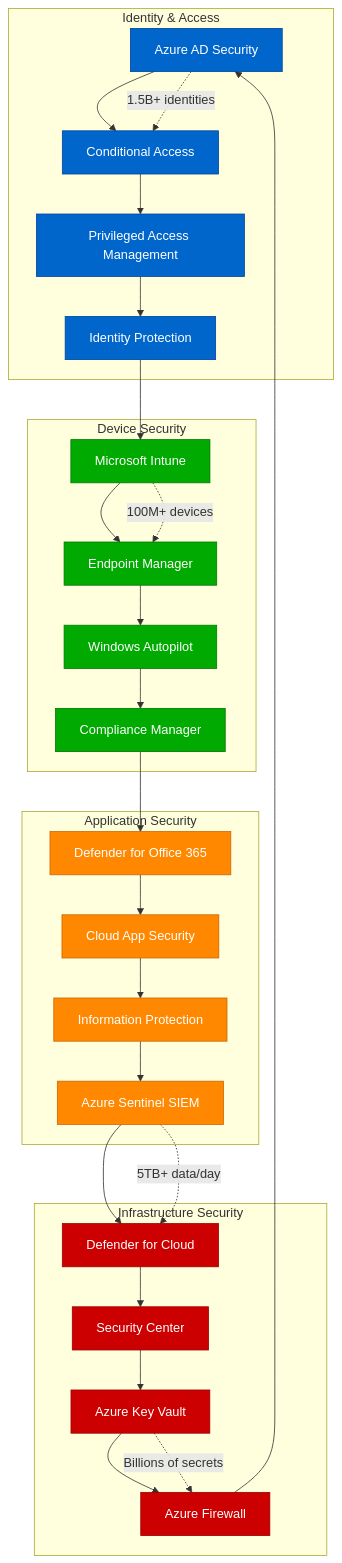
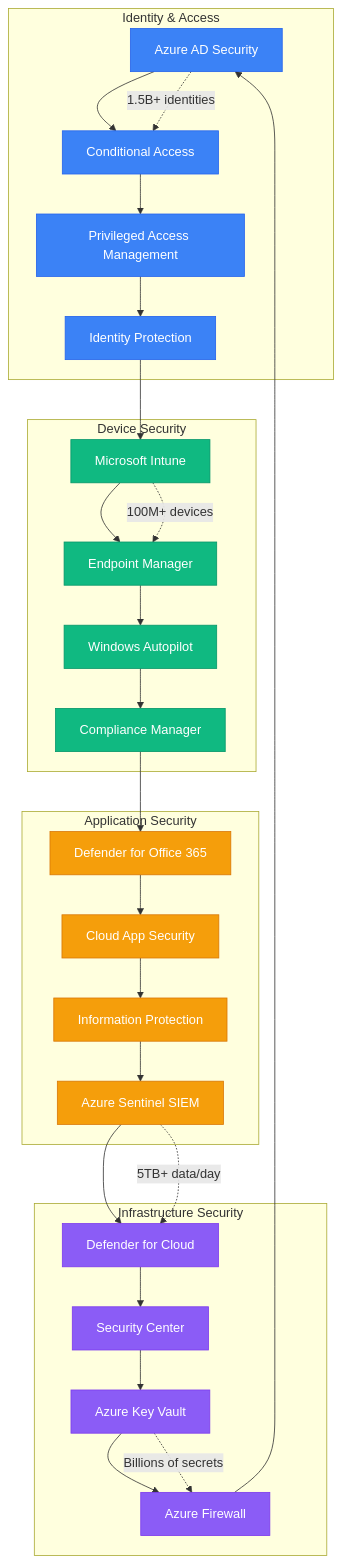
Before and after one commit to deepaucksharma/DS: the sixth of 6 diagrams in site/docs/systems/microsoft/architecture.md, drawn with Mermaid. The commit also changed other lines of this file and 303 other files, not shown here.

````diff
--- a/site/docs/systems/microsoft/architecture.md
+++ b/site/docs/systems/microsoft/architecture.md
@@ -322,72 +322,72 @@
 ```mermaid
 graph TB
     subgraph Identity[Identity & Access]
         AZURE_AD_SEC[Azure AD Security]
         CONDITIONAL_ACCESS[Conditional Access]
         PRIVILEGED_ACCESS[Privileged Access Management]
         IDENTITY_PROTECTION[Identity Protection]
     end
 
     subgraph Devices[Device Security]
         INTUNE[Microsoft Intune]
         ENDPOINT_MANAGER[Endpoint Manager]
         AUTOPILOT[Windows Autopilot]
         COMPLIANCE_MANAGER[Compliance Manager]
     end
 
     subgraph Applications[Application Security]
         DEFENDER_APPS[Defender for Office 365]
         CLOUD_APP_SECURITY[Cloud App Security]
         INFORMATION_PROTECTION[Information Protection]
         SENTINEL[Azure Sentinel SIEM]
     end
 
     subgraph Infrastructure[Infrastructure Security]
         DEFENDER_CLOUD[Defender for Cloud]
         SECURITY_CENTER_AZURE[Security Center]
         KEY_VAULT[Azure Key Vault]
         FIREWALL[Azure Firewall]
     end
 
     %% Identity flow
     AZURE_AD_SEC --> CONDITIONAL_ACCESS
     CONDITIONAL_ACCESS --> PRIVILEGED_ACCESS
     PRIVILEGED_ACCESS --> IDENTITY_PROTECTION
 
     %% Device management
     INTUNE --> ENDPOINT_MANAGER
     ENDPOINT_MANAGER --> AUTOPILOT
     AUTOPILOT --> COMPLIANCE_MANAGER
 
     %% Application protection
     DEFENDER_APPS --> CLOUD_APP_SECURITY
     CLOUD_APP_SECURITY --> INFORMATION_PROTECTION
     INFORMATION_PROTECTION --> SENTINEL
 
     %% Infrastructure security
     DEFENDER_CLOUD --> SECURITY_CENTER_AZURE
     SECURITY_CENTER_AZURE --> KEY_VAULT
     KEY_VAULT --> FIREWALL
 
     %% Cross-plane integration
     IDENTITY_PROTECTION --> INTUNE
     COMPLIANCE_MANAGER --> DEFENDER_APPS
     SENTINEL --> DEFENDER_CLOUD
     FIREWALL --> AZURE_AD_SEC
 
     %% Security metrics
     AZURE_AD_SEC -.->|"1.5B+ identities"| CONDITIONAL_ACCESS
     INTUNE -.->|"100M+ devices"| ENDPOINT_MANAGER
     SENTINEL -.->|"5TB+ data/day"| DEFENDER_CLOUD
     KEY_VAULT -.->|"Billions of secrets"| FIREWALL
 
-    classDef identityStyle fill:#0066CC,stroke:#004499,color:#fff
-    classDef deviceStyle fill:#00AA00,stroke:#007700,color:#fff
-    classDef appStyle fill:#FF8800,stroke:#CC6600,color:#fff
-    classDef infraStyle fill:#CC0000,stroke:#990000,color:#fff
+    classDef identityStyle fill:#3B82F6,stroke:#2563EB,color:#fff
+    classDef deviceStyle fill:#10B981,stroke:#059669,color:#fff
+    classDef appStyle fill:#F59E0B,stroke:#D97706,color:#fff
+    classDef infraStyle fill:#8B5CF6,stroke:#7C3AED,color:#fff
 
     class AZURE_AD_SEC,CONDITIONAL_ACCESS,PRIVILEGED_ACCESS,IDENTITY_PROTECTION identityStyle
     class INTUNE,ENDPOINT_MANAGER,AUTOPILOT,COMPLIANCE_MANAGER deviceStyle
     class DEFENDER_APPS,CLOUD_APP_SECURITY,INFORMATION_PROTECTION,SENTINEL appStyle
     class DEFENDER_CLOUD,SECURITY_CENTER_AZURE,KEY_VAULT,FIREWALL infraStyle
 ```
````
